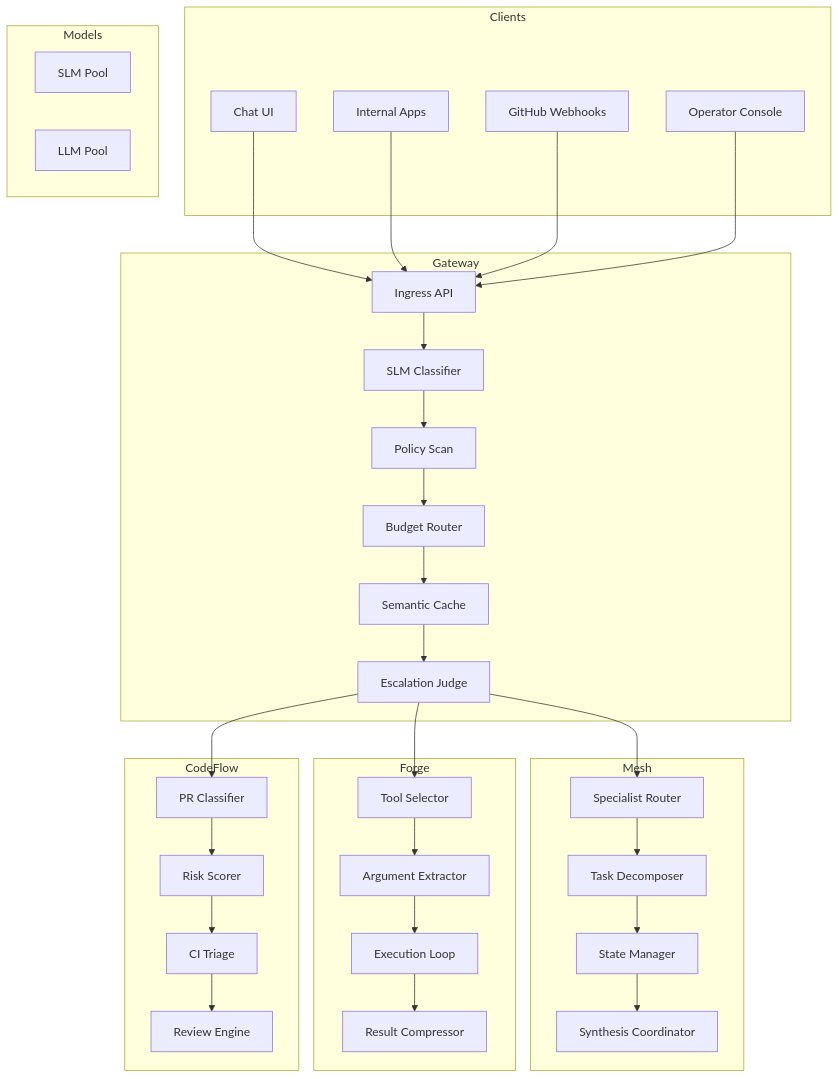
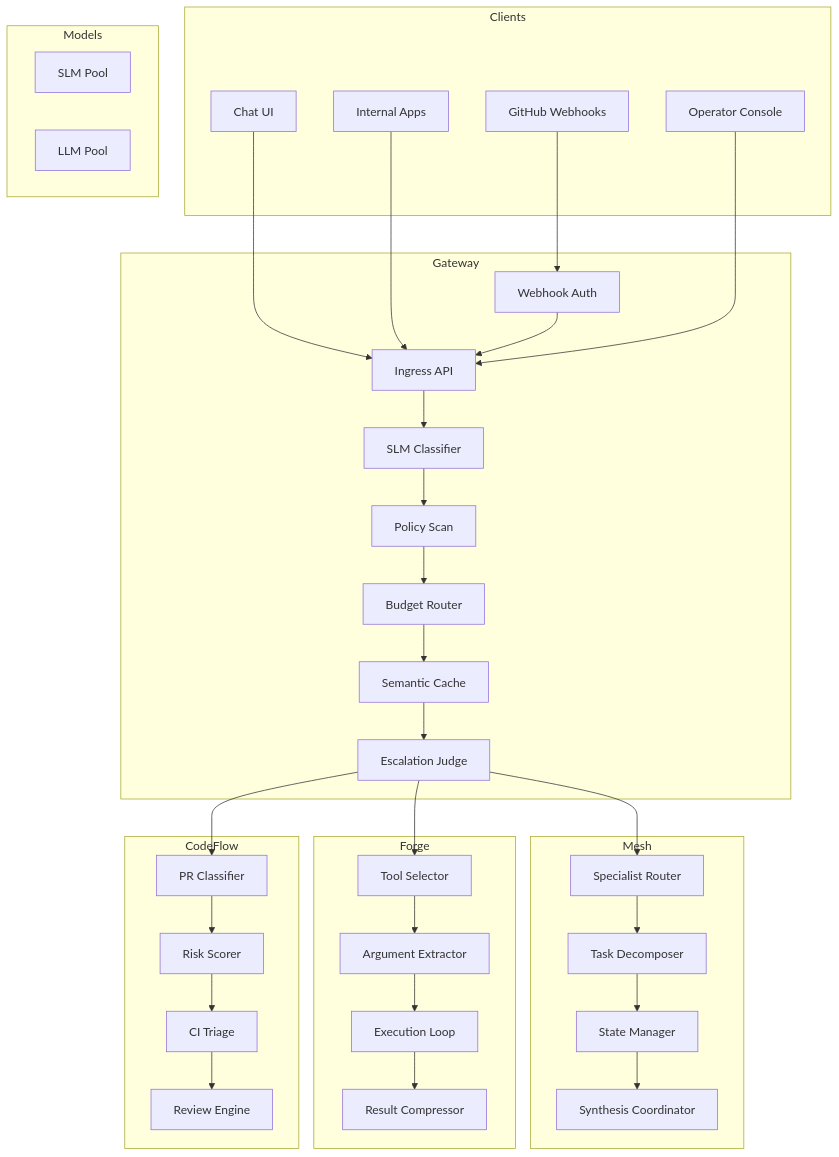
One commit to phoenixvc/ai-gateway changed the diagram in docs/architecture/02-container-architecture.md. Above: the diagram before and after it, drawn with Mermaid. The commit also changed 3 other files, not shown here.

````diff
--- a/docs/architecture/02-container-architecture.md
+++ b/docs/architecture/02-container-architecture.md
@@ -14,71 +14,73 @@
 ```mermaid
 flowchart TB
     subgraph Clients
         C1[Chat UI]
         C2[Internal Apps]
         C3[GitHub Webhooks]
         C4[Operator Console]
     end
 
     subgraph Gateway
         G1[Ingress API]
         G2[SLM Classifier]
         G3[Policy Scan]
         G4[Budget Router]
         G5[Semantic Cache]
         G6[Escalation Judge]
+        W[Webhook Auth]
     end
 
     subgraph Mesh
         M1[Specialist Router]
         M2[Task Decomposer]
         M3[State Manager]
         M4[Synthesis Coordinator]
     end
 
     subgraph Forge
         F1[Tool Selector]
         F2[Argument Extractor]
         F3[Execution Loop]
         F4[Result Compressor]
     end
 
     subgraph CodeFlow
         CF1[PR Classifier]
         CF2[Risk Scorer]
         CF3[CI Triage]
         CF4[Review Engine]
     end
 
     subgraph Models
         SLM[SLM Pool]
         LLM[LLM Pool]
     end
 
     C1 --> G1
     C2 --> G1
-    C3 --> G1
+    C3 --> W
+    W --> G1
     C4 --> G1
 
     G1 --> G2
     G2 --> G3
     G3 --> G4
     G4 --> G5
     G5 --> G6
 
     G6 --> M1
     G6 --> F1
     G6 --> CF1
 
     M1 --> M2
     M2 --> M3
     M3 --> M4
 
     F1 --> F2
     F2 --> F3
     F3 --> F4
 
     CF1 --> CF2
     CF2 --> CF3
     CF3 --> CF4
 ```
````
